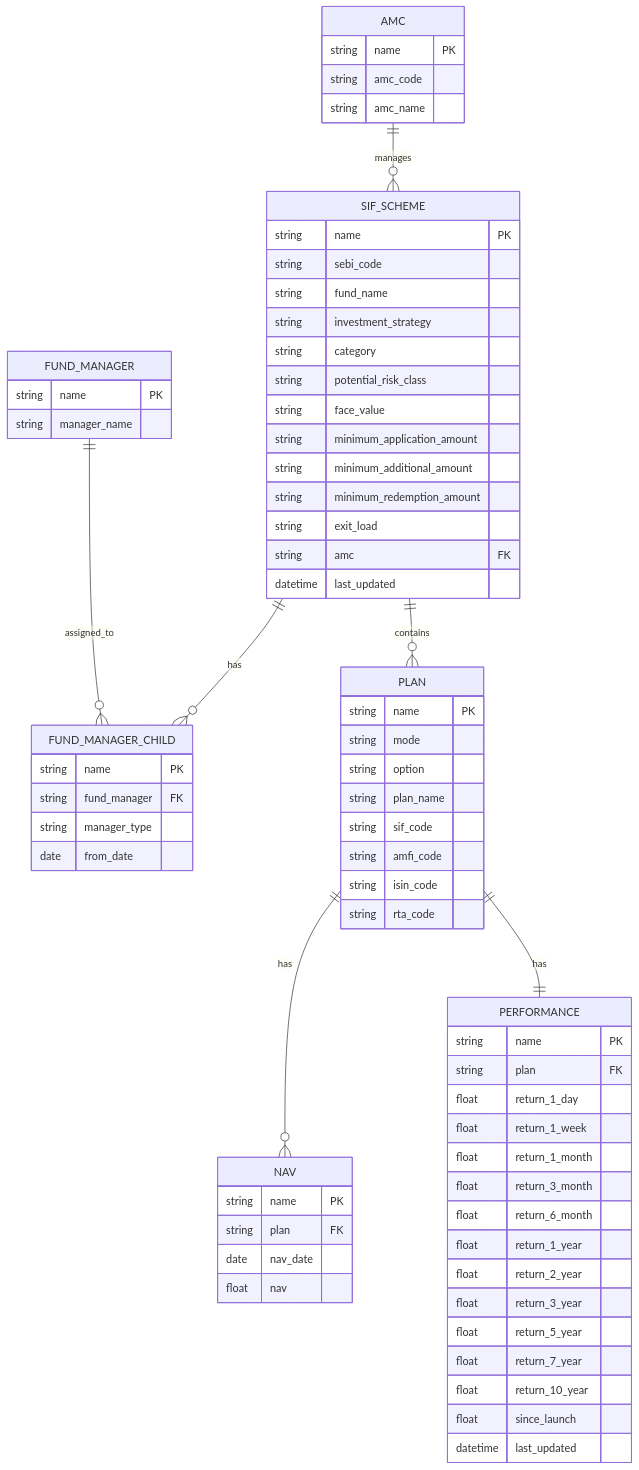
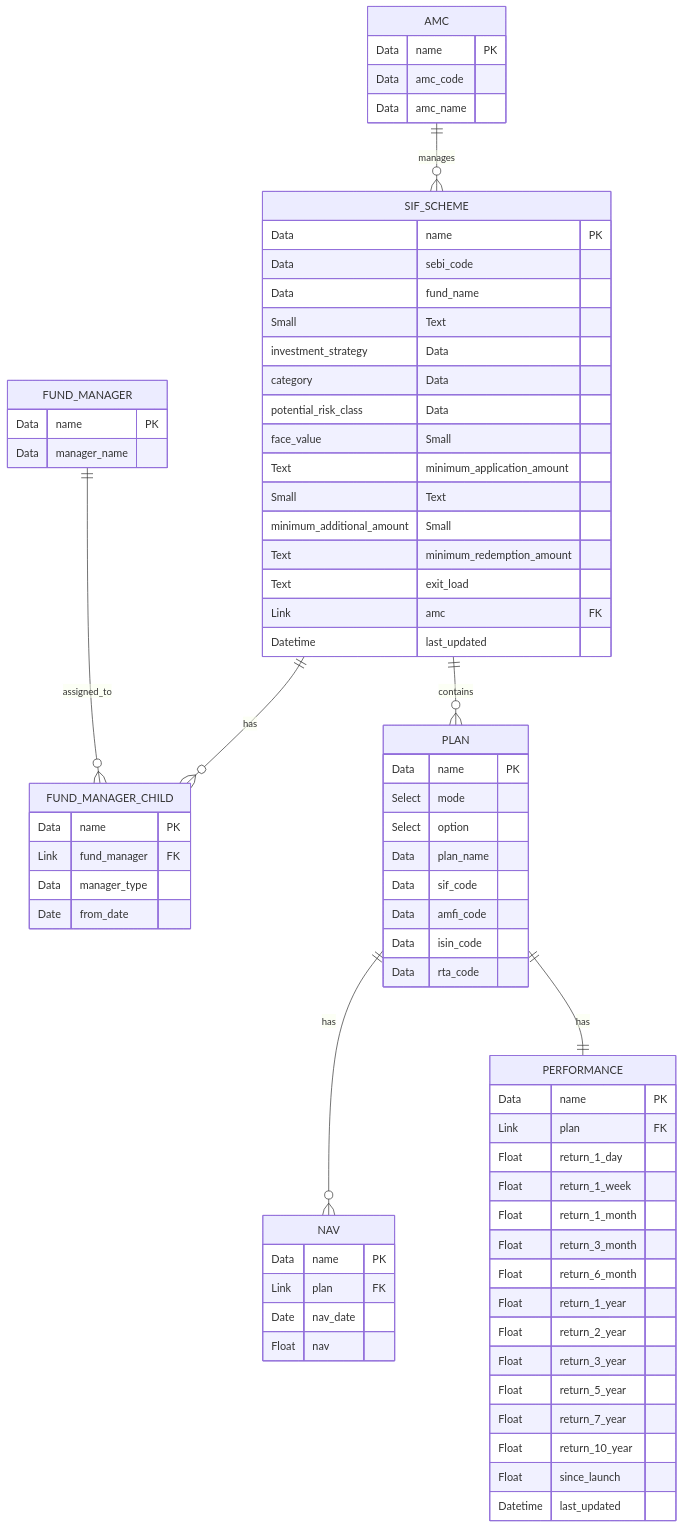
One commit to Satyam4755/My_SIF changed the diagram in sif_app/DOCTYPE architecture ER diagram.md. Above: the diagram before and after it, drawn with Mermaid.

Commit message:
added all the doctypes under according to the ER diagram 2.0

````diff
--- a/sif_app/DOCTYPE architecture ER diagram.md
+++ b/sif_app/DOCTYPE architecture ER diagram.md
@@ -14,72 +14,83 @@
 
 
     AMC {
-        string name PK
-        string amc_code
-        string amc_name
+        Data name PK
+        Data amc_code
+        Data amc_name
     }
 
     FUND_MANAGER {
-        string name PK
-        string manager_name
+        Data name PK
+        Data manager_name
     }
 
     FUND_MANAGER_CHILD {
-        string name PK
-        string fund_manager FK
-        string manager_type
-        date from_date
+        Data name PK
+        Link fund_manager FK
+        Data manager_type
+        Date from_date
     }
 
     SIF_SCHEME {
-        string name PK
-        string sebi_code
-        string fund_name
-        string investment_strategy
-        string category
-        string potential_risk_class
-        string face_value
-        string minimum_application_amount
-        string minimum_additional_amount
-        string minimum_redemption_amount
-        string exit_load
-        string amc FK
-        datetime last_updated
+        Data name PK
+        Data sebi_code
+        Data fund_name
+        Small Text investment_strategy
+        Data category
+        Data potential_risk_class
+        Data face_value
+
+        Small Text minimum_application_amount
+        Small Text minimum_additional_amount
+        Small Text minimum_redemption_amount
+
+        Text exit_load
+
+        Link amc FK
+
+        Datetime last_updated
     }
 
     PLAN {
-        string name PK
-        string mode
-        string option
-        string plan_name
-        string sif_code
-        string amfi_code
-        string isin_code
-        string rta_code
+        Data name PK
+
+        Select mode
+        Select option
+
+        Data plan_name
+        Data sif_code
+        Data amfi_code
+        Data isin_code
+        Data rta_code
     }
 
     NAV {
-        string name PK
-        string plan FK
-        date nav_date
-        float nav
+        Data name PK
+
+        Link plan FK
+
+        Date nav_date
+        Float nav
     }
 
     PERFORMANCE {
-        string name PK
-        string plan FK
-        float return_1_day
-        float return_1_week
-        float return_1_month
-        float return_3_month
-        float return_6_month
-        float return_1_year
-        float return_2_year
-        float return_3_year
-        float return_5_year
-        float return_7_year
-        float return_10_year
-        float since_launch
-        datetime last_updated
+        Data name PK
+
+        Link plan FK
+
+        Float return_1_day
+        Float return_1_week
+        Float return_1_month
+        Float return_3_month
+        Float return_6_month
+        Float return_1_year
+        Float return_2_year
+        Float return_3_year
+        Float return_5_year
+        Float return_7_year
+        Float return_10_year
+        Float since_launch
+
+        Datetime last_updated
     }
 ```
````
